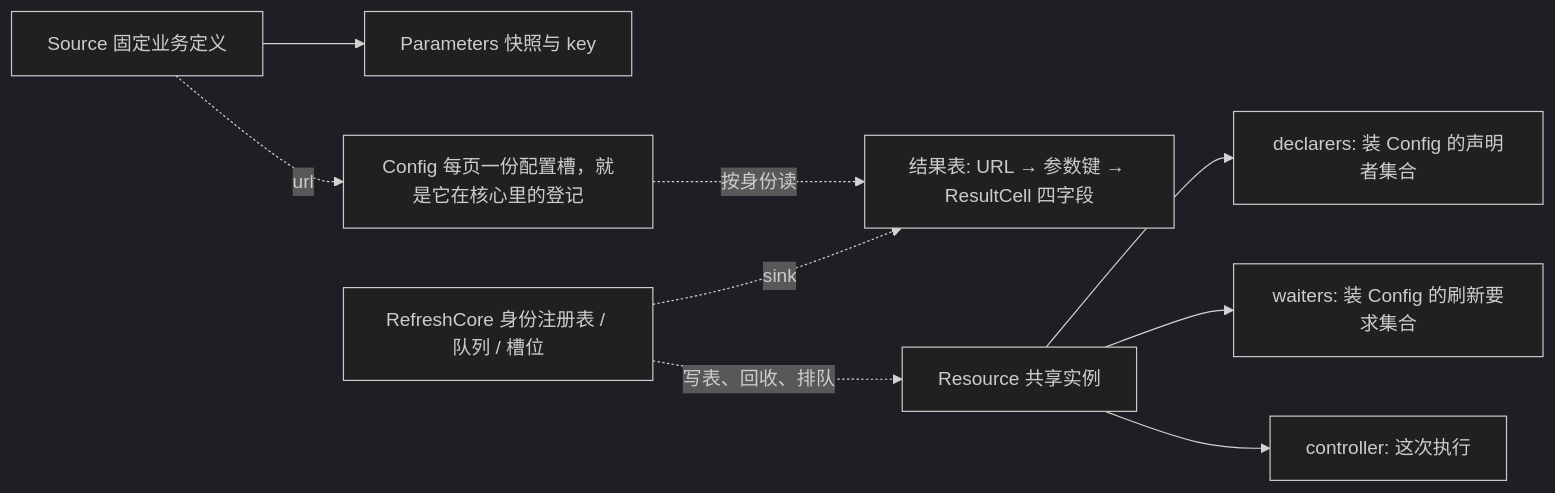
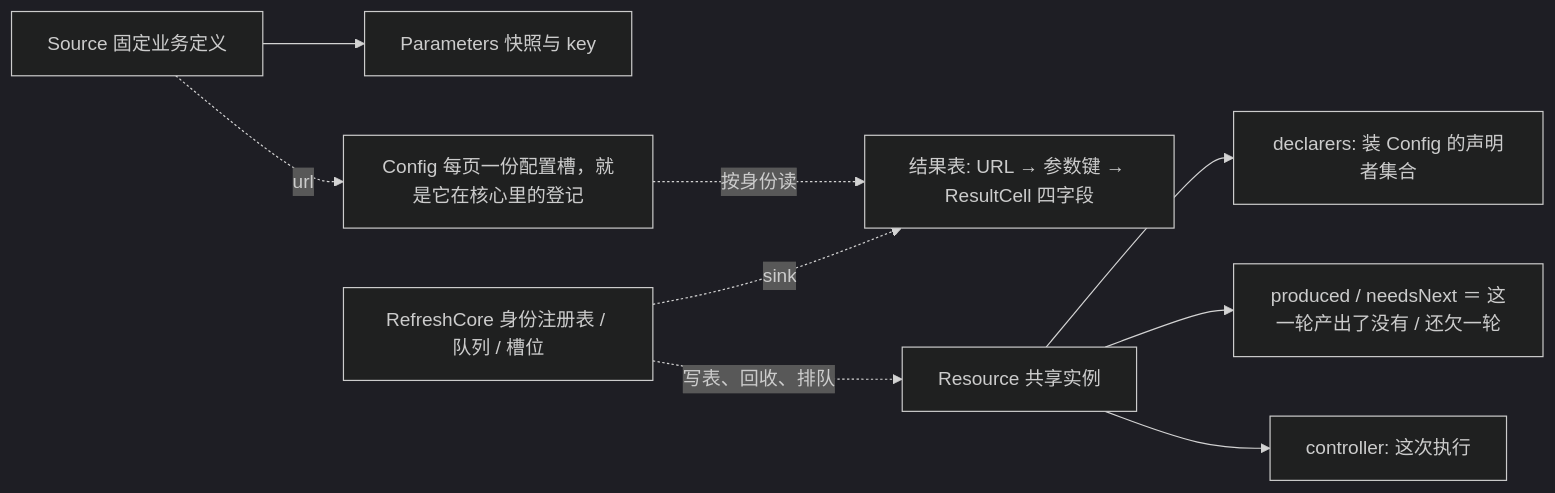
One commit to anjing0524/vue-refresh changed the diagram in DESIGN.md. Above: the diagram before and after it, drawn with Mermaid (dark theme). The commit also changed other lines of this file and 10 other files, not shown here.

Commit message:
删掉 waiters：刷新是给身份的命令（队头插入 + produced/needsNext），核心不再记谁要的（ADR-70）

````diff
--- a/DESIGN.md
+++ b/DESIGN.md
@@ -82,11 +83,11 @@
 ```mermaid
 flowchart LR
   Source[Source 固定业务定义] --> Parameters[Parameters 快照与 key]
   Source -. url .-> Config[Config 每页一份配置槽，就是它在核心里的登记]
   Config -. 按身份读 .-> Table[结果表: URL → 参数键 → ResultCell 四字段]
   Resource[Resource 共享实例] --> Decl[declarers: 装 Config 的声明者集合]
-  Resource --> Waiters[waiters: 装 Config 的刷新要求集合]
+  Resource --> Round[produced / needsNext ＝ 这一轮产出了没有 / 还欠一轮]
   Resource --> Controller[controller: 这次执行]
   Core[RefreshCore 身份注册表 / 队列 / 槽位] -. 写表、回收、排队 .-> Resource
   Core -. sink .-> Table
 ```
````
